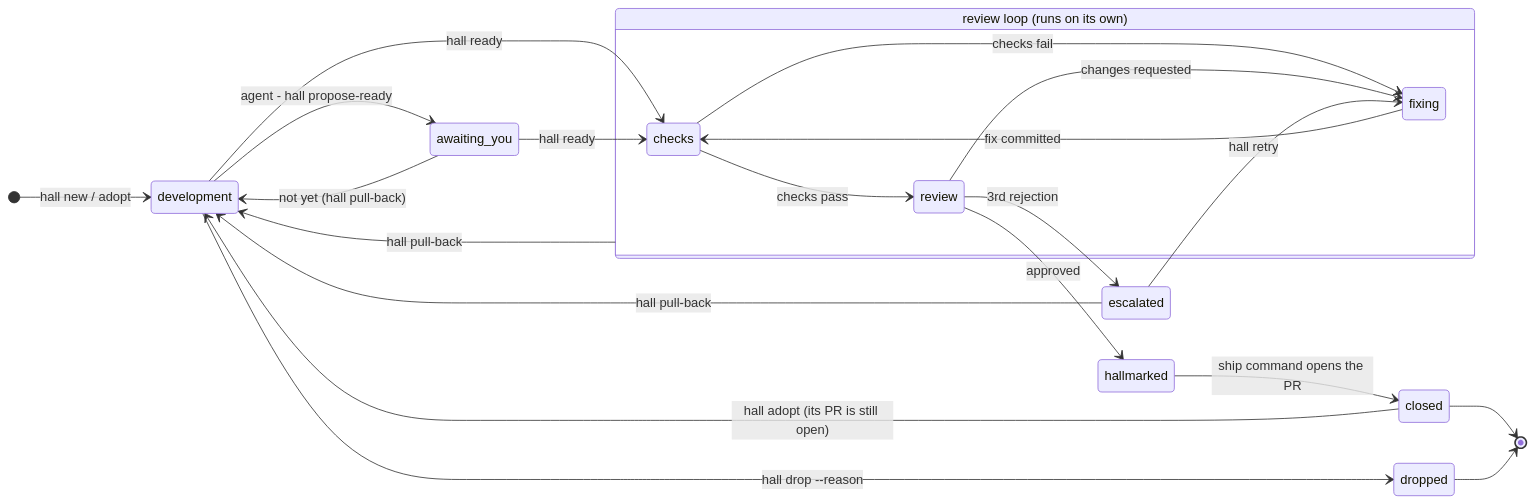
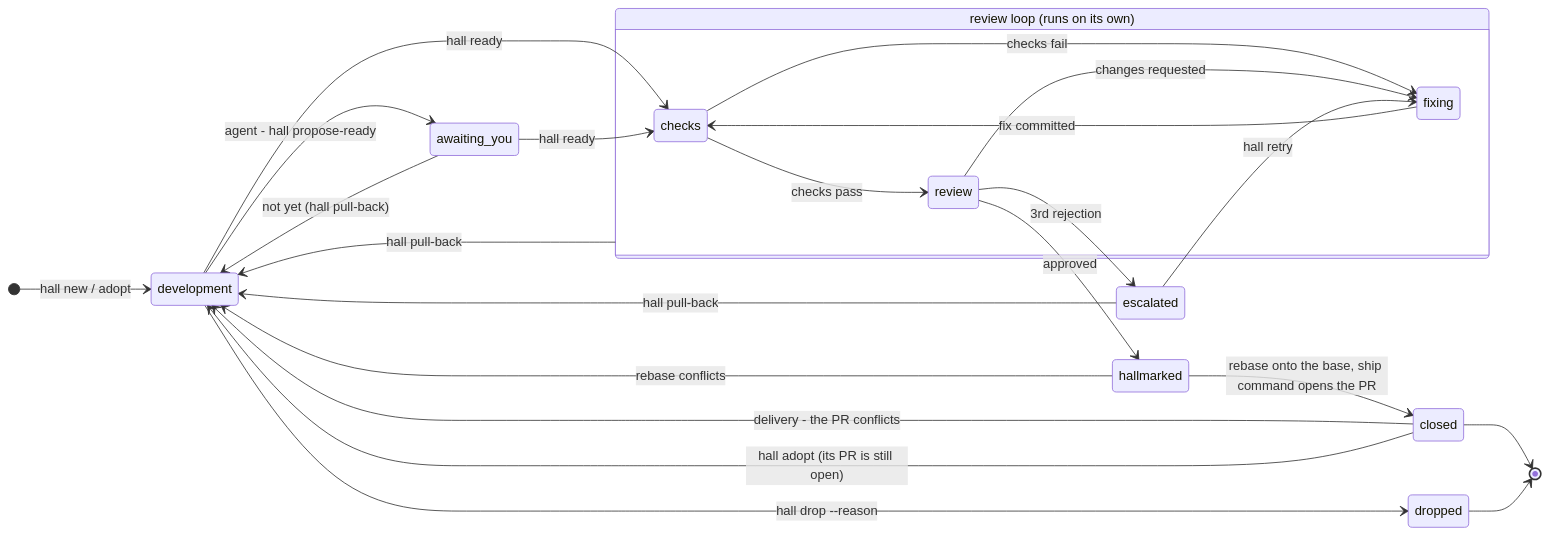
Before and after one commit to tiagocolombo/hallmark: the diagram in README.md, drawn with Mermaid. The commit also changed other lines of this file and 3 other files, not shown here.

````diff
--- a/README.md
+++ b/README.md
@@ -70,25 +71,27 @@
 ```mermaid
 stateDiagram-v2
     direction LR
     [*] --> development: hall new / adopt
     development --> awaiting_you: agent - hall propose-ready
     awaiting_you --> development: not yet (hall pull-back)
     development --> checks: hall ready
     awaiting_you --> checks: hall ready
     state "review loop (runs on its own)" as loop {
         checks --> review: checks pass
         checks --> fixing: checks fail
         review --> fixing: changes requested
         fixing --> checks: fix committed
     }
     review --> escalated: 3rd rejection
     escalated --> fixing: hall retry
     review --> hallmarked: approved
-    hallmarked --> closed: ship command opens the PR
+    hallmarked --> closed: rebase onto the base, ship command opens the PR
+    hallmarked --> development: rebase conflicts
+    closed --> development: delivery - the PR conflicts
     loop --> development: hall pull-back
     escalated --> development: hall pull-back
     development --> dropped: hall drop --reason
     closed --> development: hall adopt (its PR is still open)
     closed --> [*]
     dropped --> [*]
 ```
````
